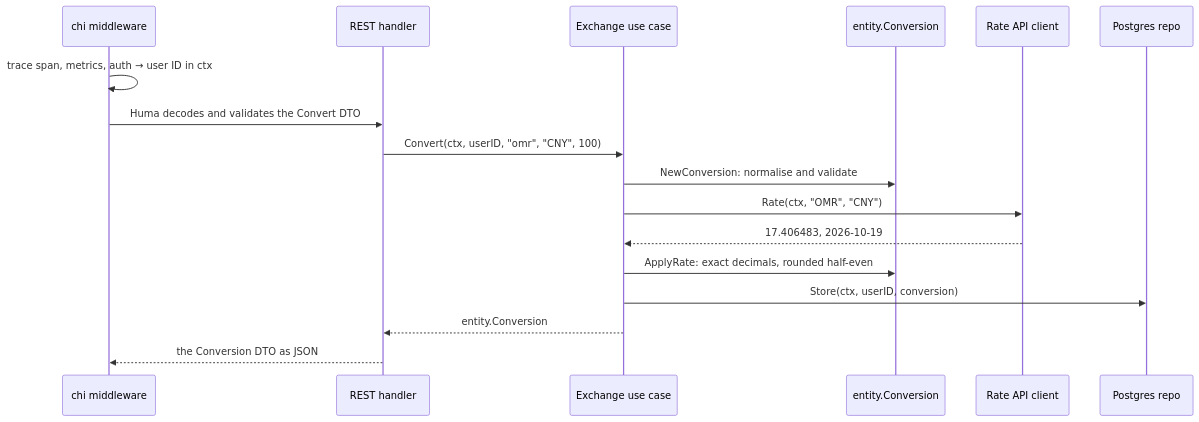
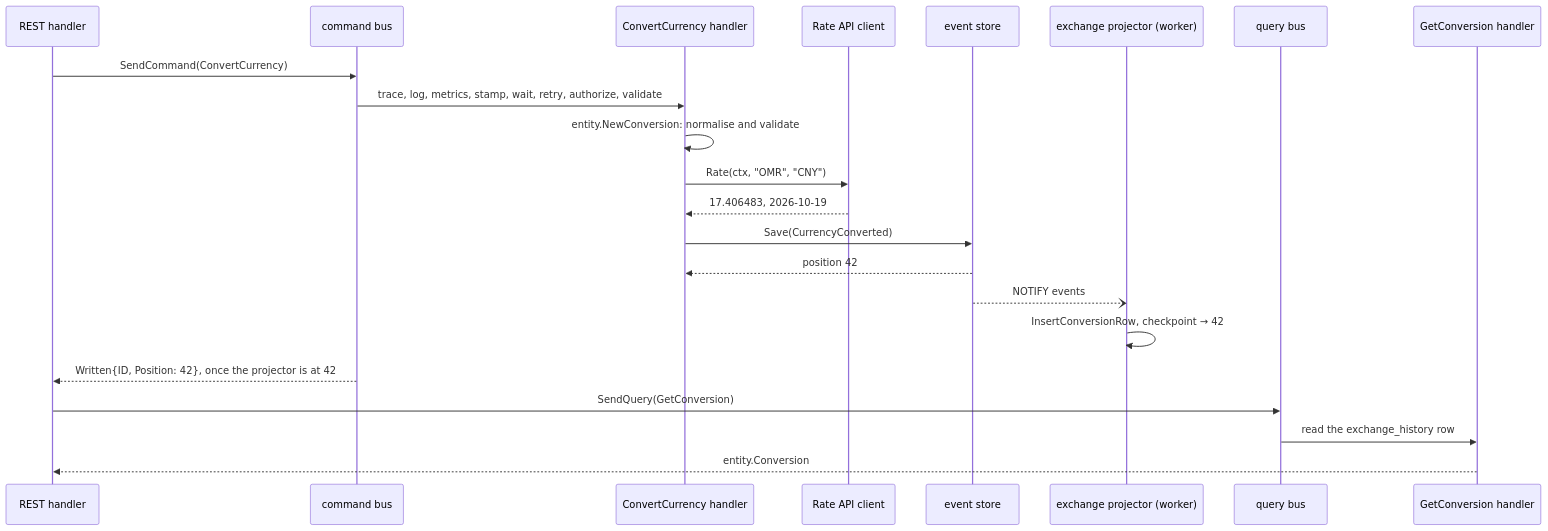
The diagram in docs/request-flow.md (m7medVision/go-clean-template), drawn with Mermaid before and after one commit. The commit also changed other lines of this file and 64 other files, not shown here.

First line of the commit message:
refactor(exchange): move conversions onto CQRS with event sourcing

````diff
--- a/docs/request-flow.md
+++ b/docs/request-flow.md
@@ -22,19 +28,24 @@
 ```mermaid
 sequenceDiagram
-  participant MW as chi middleware
   participant H as REST handler
-  participant U as Exchange use case
-  participant E as entity.Conversion
+  participant CB as command bus
+  participant C as ConvertCurrency handler
   participant W as Rate API client
-  participant R as Postgres repo
-  MW->>MW: trace span, metrics, auth → user ID in ctx
-  MW->>H: Huma decodes and validates the Convert DTO
-  H->>U: Convert(ctx, userID, "omr", "CNY", 100)
-  U->>E: NewConversion: normalise and validate
-  U->>W: Rate(ctx, "OMR", "CNY")
-  W-->>U: 17.406483, 2026-10-19
-  U->>E: ApplyRate: exact decimals, rounded half-even
-  U->>R: Store(ctx, userID, conversion)
-  U-->>H: entity.Conversion
-  H-->>MW: the Conversion DTO as JSON
+  participant S as event store
+  participant P as exchange projector (worker)
+  participant QB as query bus
+  participant Q as GetConversion handler
+  H->>CB: SendCommand(ConvertCurrency)
+  CB->>C: trace, log, metrics, stamp, wait, retry, authorize, validate
+  C->>C: entity.NewConversion: normalise and validate
+  C->>W: Rate(ctx, "OMR", "CNY")
+  W-->>C: 17.406483, 2026-10-19
+  C->>S: Save(CurrencyConverted)
+  S-->>C: position 42
+  S--)P: NOTIFY events
+  P->>P: InsertConversionRow, checkpoint → 42
+  CB-->>H: Written{ID, Position: 42}, once the projector is at 42
+  H->>QB: SendQuery(GetConversion)
+  QB->>Q: read the exchange_history row
+  Q-->>H: entity.Conversion
 ```
````
